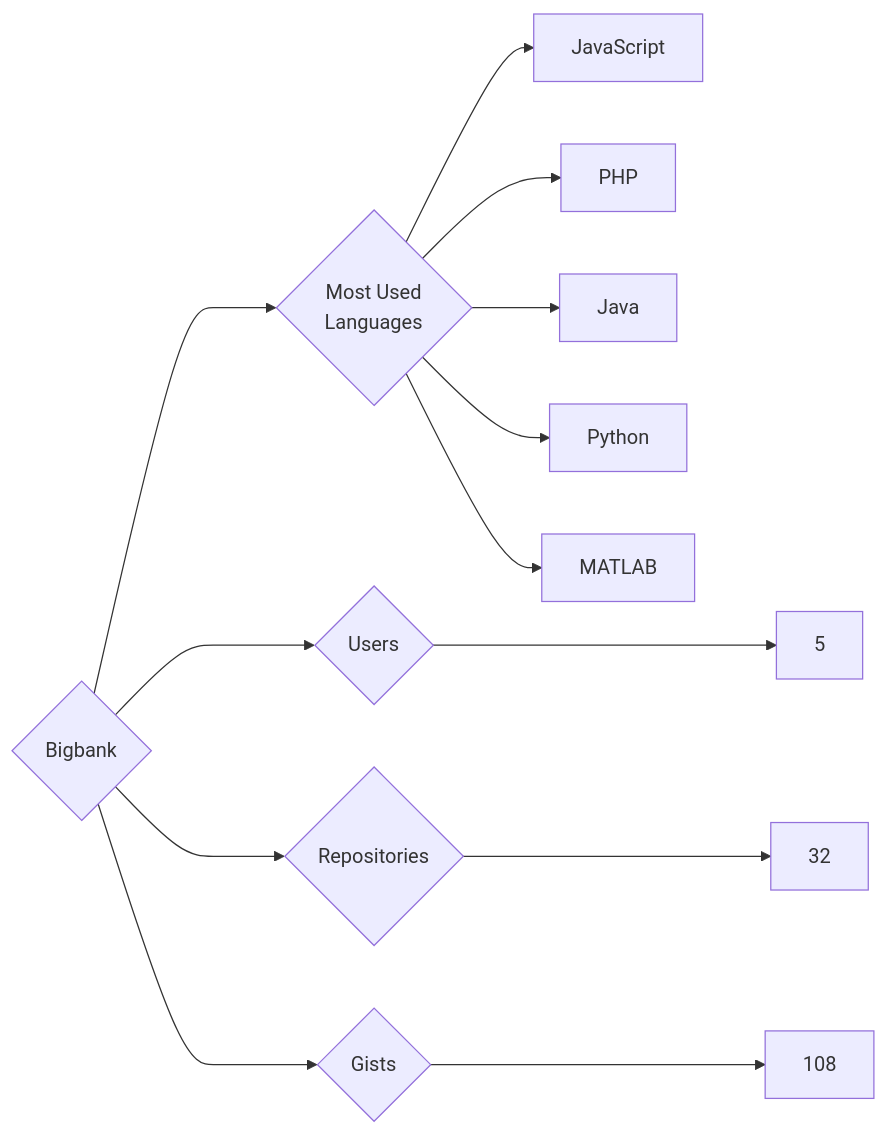
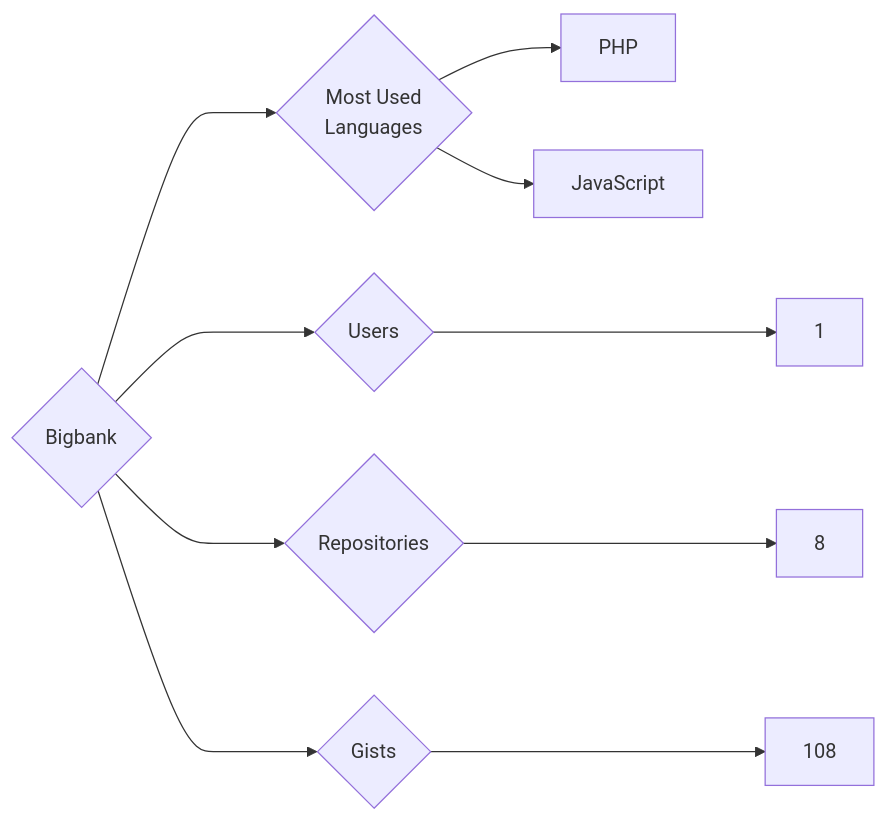
The diagram in targets/Bigbank/README.md (trickest/insiders), drawn with Mermaid before and after one commit. The commit also changed 618 other files, not shown here.

````diff
--- a/targets/Bigbank/README.md
+++ b/targets/Bigbank/README.md
@@ -3,13 +3,10 @@
 ```mermaid
 graph LR
 COMPANY_NAME{Bigbank}
-COMPANY_NAME ---> U{Users} ---> UN[5]
-COMPANY_NAME ---> R{Repositories} ---> RN[32]
+COMPANY_NAME ---> U{Users} ---> UN[1]
+COMPANY_NAME ---> R{Repositories} ---> RN[8]
 COMPANY_NAME ---> G{Gists} ---> GN[108]
 COMPANY_NAME ---> ML{Most Used<br>Languages}
+ML --> PHP[PHP]
 ML --> JavaScript[JavaScript]
-ML --> PHP[PHP]
-ML --> Java[Java]
-ML --> Python[Python]
-ML --> MATLAB[MATLAB]
 ```
````
